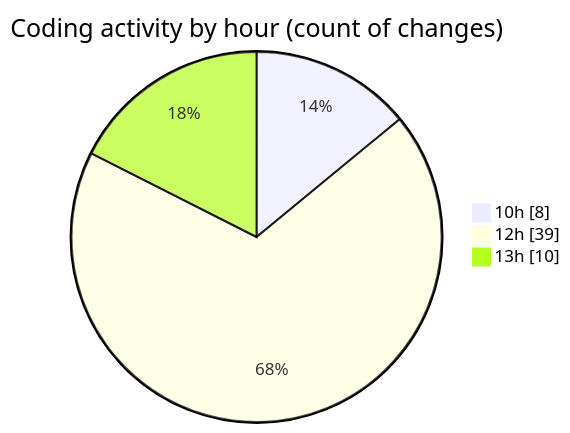
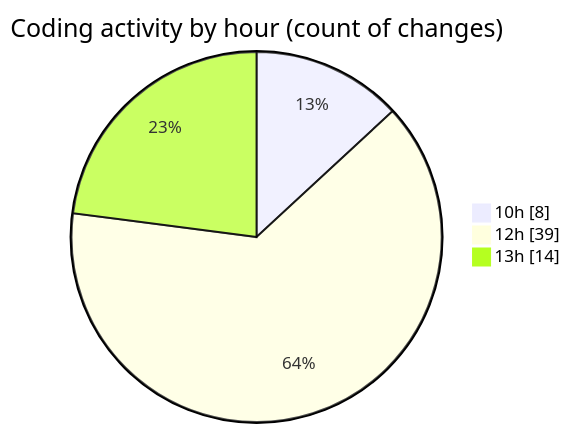
Before and after one commit to momahboobian/code-tracking: the second of 2 diagrams in 2025-05-02/cda/README.md, drawn with Mermaid. The commit also changed other lines of this file and 1 other file, not shown here.

````diff
--- a/2025-05-02/cda/README.md
+++ b/2025-05-02/cda/README.md
@@ -38,7 +38,7 @@
 ```mermaid
 pie showData
 title Coding activity by hour (count of changes)
 "10h" : 8
 "12h" : 39
-"13h" : 10
+"13h" : 14
 ```
````
